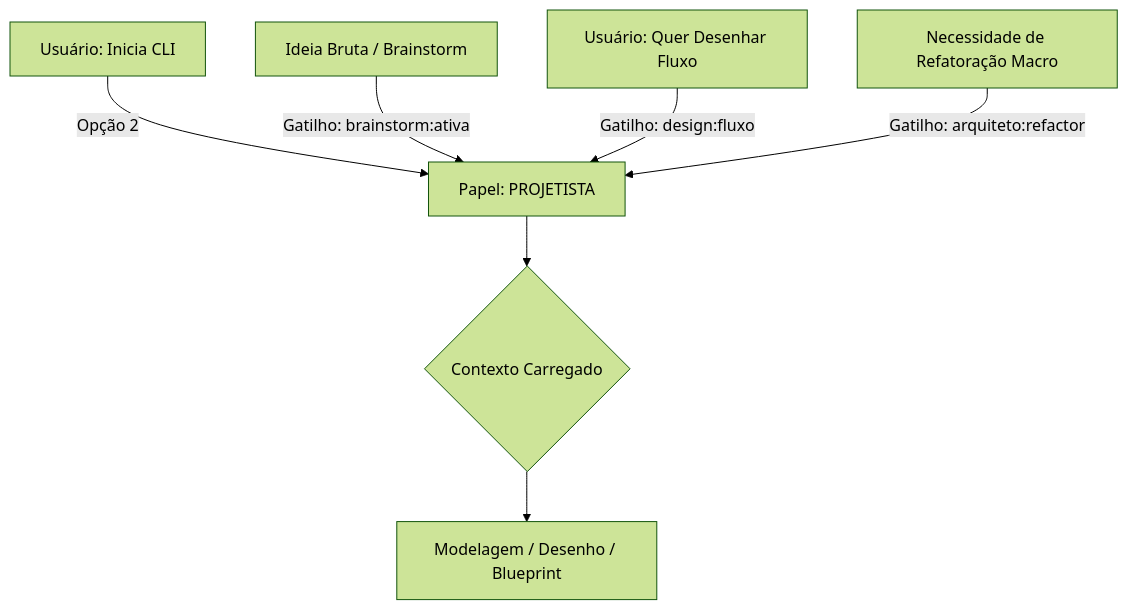
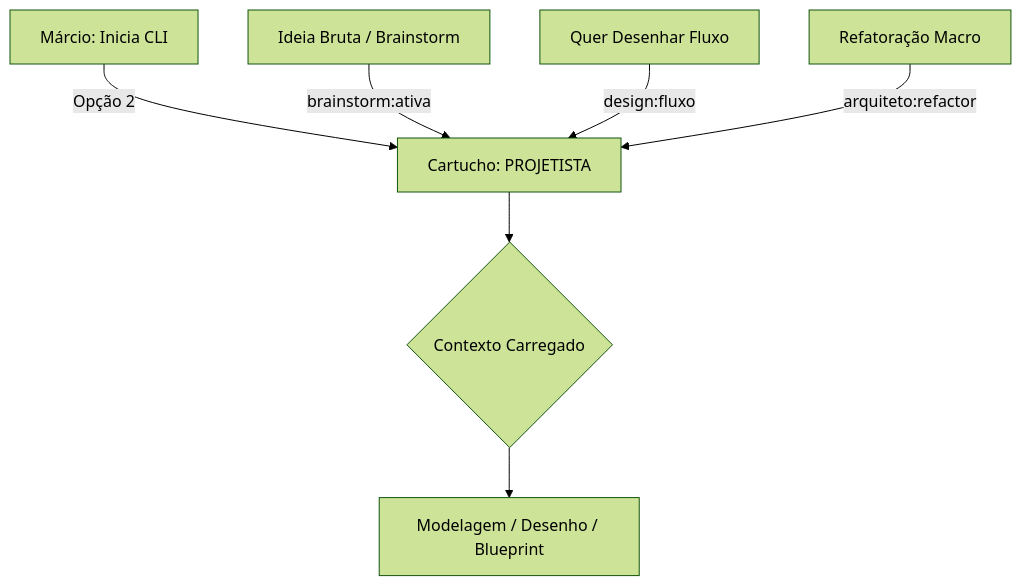
Before and after one commit to marcio012/hive: the diagram in beehive/roles/projetista.md, drawn with Mermaid (forest theme). The commit also changed other lines of this file and 6 other files, not shown here.

````diff
--- a/beehive/roles/projetista.md
+++ b/beehive/roles/projetista.md
@@ -9,9 +14,9 @@
 ```mermaid
 flowchart TD
-    A["Usuário: Inicia CLI"] -->|"Opção 2"| B[Papel: PROJETISTA]
-    C["Ideia Bruta / Brainstorm"] -->|Gatilho: brainstorm:ativa| B
-    D["Usuário: Quer Desenhar Fluxo"] -->|Gatilho: design:fluxo| B
-    E["Necessidade de Refatoração Macro"] -->|Gatilho: arquiteto:refactor| B
+    A["Márcio: Inicia CLI"] -->|"Opção 2"| B[Cartucho: PROJETISTA]
+    C["Ideia Bruta / Brainstorm"] -->|"brainstorm:ativa"| B
+    D["Quer Desenhar Fluxo"] -->|"design:fluxo"| B
+    E["Refatoração Macro"] -->|"arquiteto:refactor"| B
     B --> F{Contexto Carregado}
     F --> G["Modelagem / Desenho / Blueprint"]
 ```
````
